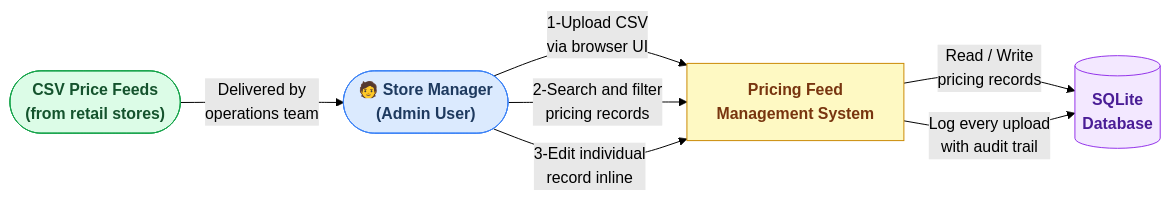
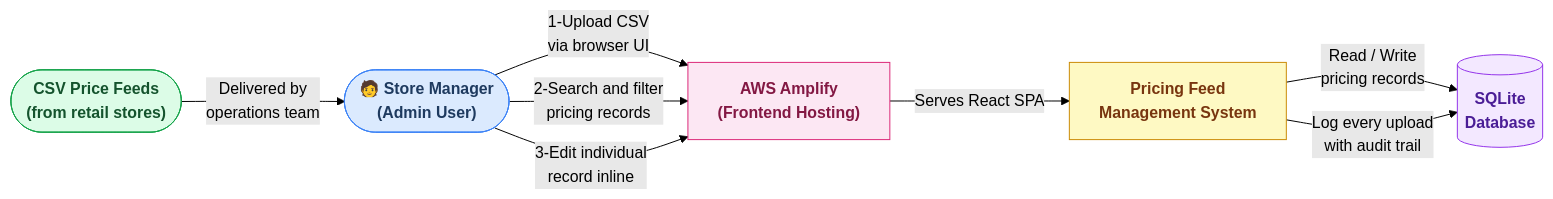
One commit to bharathikannano/tigeranalytics changed the first of 4 diagrams in ARCHITECTURE.md. Above: the diagram before and after it, drawn with Mermaid (forest theme). The commit also changed other lines of this file and 3 other files, not shown here.

Commit message:
Optimize PricingTable with Cell component, update ARCHITECTURE docs

````diff
--- a/ARCHITECTURE.md
+++ b/ARCHITECTURE.md
@@ -12,19 +12,22 @@
 ```mermaid
 graph LR
     classDef actor  fill:#dbeafe,stroke:#3b82f6,color:#1e3a5f,font-weight:bold
     classDef system fill:#fef9c3,stroke:#ca8a04,color:#78350f,font-weight:bold
     classDef store  fill:#dcfce7,stroke:#16a34a,color:#14532d,font-weight:bold
     classDef db     fill:#f3e8ff,stroke:#9333ea,color:#4a1d96,font-weight:bold
+    classDef cloud  fill:#fce7f3,stroke:#db2777,color:#831843,font-weight:bold
 
     A(["🧑 Store Manager\n(Admin User)"]):::actor
     S["Pricing Feed\nManagement System"]:::system
     F(["CSV Price Feeds\n(from retail stores)"]):::store
     D[("SQLite\nDatabase")]:::db
+    C["AWS Amplify\n(Frontend Hosting)"]:::cloud
 
     F -- "Delivered by\noperations team" --> A
-    A -- "1-Upload CSV\n   via browser UI" --> S
-    A -- "2-Search and filter\n   pricing records" --> S
-    A -- "3-Edit individual\n   record inline" --> S
+    A -- "1-Upload CSV\n   via browser UI" --> C
+    A -- "2-Search and filter\n   pricing records" --> C
+    A -- "3-Edit individual\n   record inline" --> C
+    C -- "Serves React SPA" --> S
     S -- "Read / Write\npricing records" --> D
     S -- "Log every upload\nwith audit trail" --> D
 ```
````
